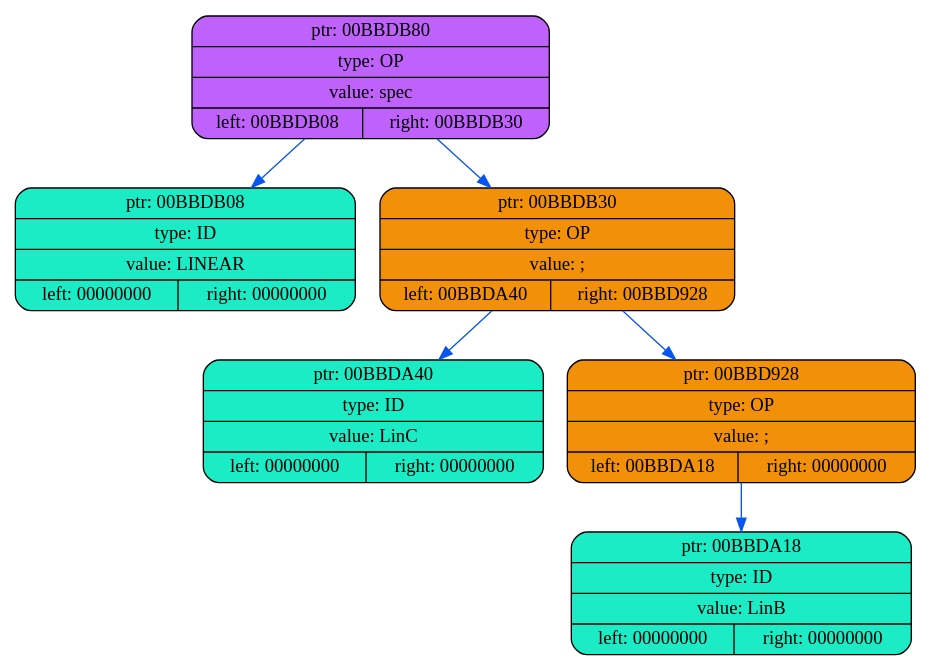
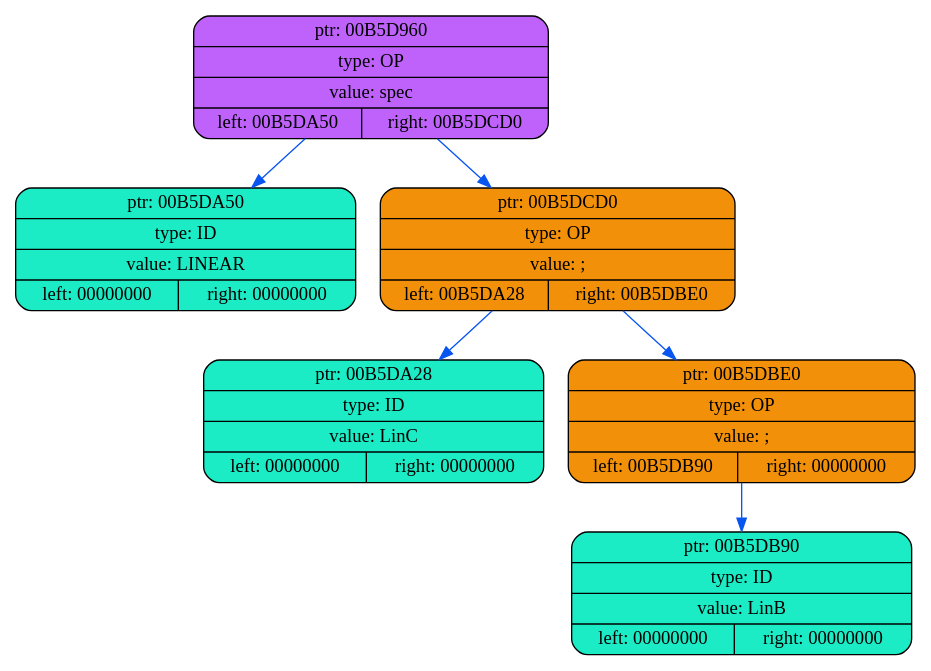
One commit to coffee8cat/Elden-language changed the diagram in frontend/dump/dump1.dot. Above: the diagram before and after it, drawn with Graphviz. The commit also changed 31 other files, not shown here.

```diff
--- a/frontend/dump/dump1.dot
+++ b/frontend/dump/dump1.dot
@@ -1,16 +1,16 @@
 digraph
 {
     rankdir=TP
 
-        node00BBDB80[shape=record,style="rounded,filled",fillcolor="#BF62FC",label="{ ptr: 00BBDB80 | type: OP | value: spec| { left: 00BBDB08 | right: 00BBDB30 }}"];
-    node00BBDB80 -> node00BBDB08[color="#0855F0"]
-    node00BBDB08[shape=record,style="rounded,filled",fillcolor="#1BECC5",label="{ ptr: 00BBDB08 | type: ID | value: LINEAR| { left: 00000000 | right: 00000000 }}"];
-    node00BBDB80 -> node00BBDB30[color="#0855F0"]
-    node00BBDB30[shape=record,style="rounded,filled",fillcolor="#F2900A",label="{ ptr: 00BBDB30 | type: OP | value: ;| { left: 00BBDA40 | right: 00BBD928 }}"];
-    node00BBDB30 -> node00BBDA40[color="#0855F0"]
-    node00BBDA40[shape=record,style="rounded,filled",fillcolor="#1BECC5",label="{ ptr: 00BBDA40 | type: ID | value: LinC| { left: 00000000 | right: 00000000 }}"];
-    node00BBDB30 -> node00BBD928[color="#0855F0"]
-    node00BBD928[shape=record,style="rounded,filled",fillcolor="#F2900A",label="{ ptr: 00BBD928 | type: OP | value: ;| { left: 00BBDA18 | right: 00000000 }}"];
-    node00BBD928 -> node00BBDA18[color="#0855F0"]
-    node00BBDA18[shape=record,style="rounded,filled",fillcolor="#1BECC5",label="{ ptr: 00BBDA18 | type: ID | value: LinB| { left: 00000000 | right: 00000000 }}"];
+        node00B5D960[shape=record,style="rounded,filled",fillcolor="#BF62FC",label="{ ptr: 00B5D960 | type: OP | value: spec| { left: 00B5DA50 | right: 00B5DCD0 }}"];
+    node00B5D960 -> node00B5DA50[color="#0855F0"]
+    node00B5DA50[shape=record,style="rounded,filled",fillcolor="#1BECC5",label="{ ptr: 00B5DA50 | type: ID | value: LINEAR| { left: 00000000 | right: 00000000 }}"];
+    node00B5D960 -> node00B5DCD0[color="#0855F0"]
+    node00B5DCD0[shape=record,style="rounded,filled",fillcolor="#F2900A",label="{ ptr: 00B5DCD0 | type: OP | value: ;| { left: 00B5DA28 | right: 00B5DBE0 }}"];
+    node00B5DCD0 -> node00B5DA28[color="#0855F0"]
+    node00B5DA28[shape=record,style="rounded,filled",fillcolor="#1BECC5",label="{ ptr: 00B5DA28 | type: ID | value: LinC| { left: 00000000 | right: 00000000 }}"];
+    node00B5DCD0 -> node00B5DBE0[color="#0855F0"]
+    node00B5DBE0[shape=record,style="rounded,filled",fillcolor="#F2900A",label="{ ptr: 00B5DBE0 | type: OP | value: ;| { left: 00B5DB90 | right: 00000000 }}"];
+    node00B5DBE0 -> node00B5DB90[color="#0855F0"]
+    node00B5DB90[shape=record,style="rounded,filled",fillcolor="#1BECC5",label="{ ptr: 00B5DB90 | type: ID | value: LinB| { left: 00000000 | right: 00000000 }}"];
 }
```
